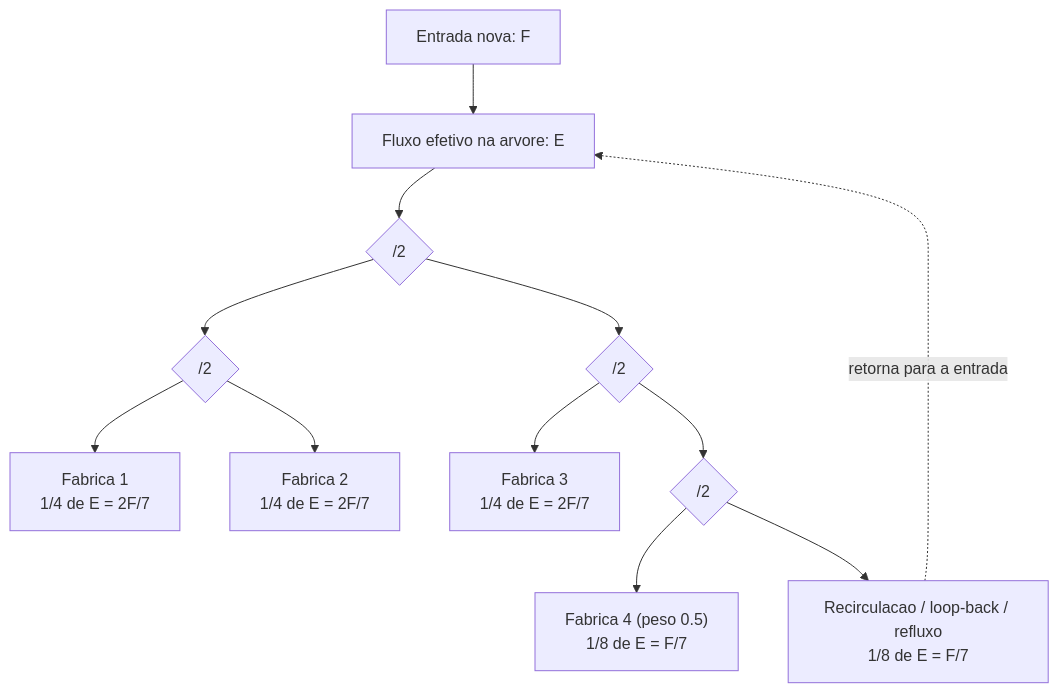
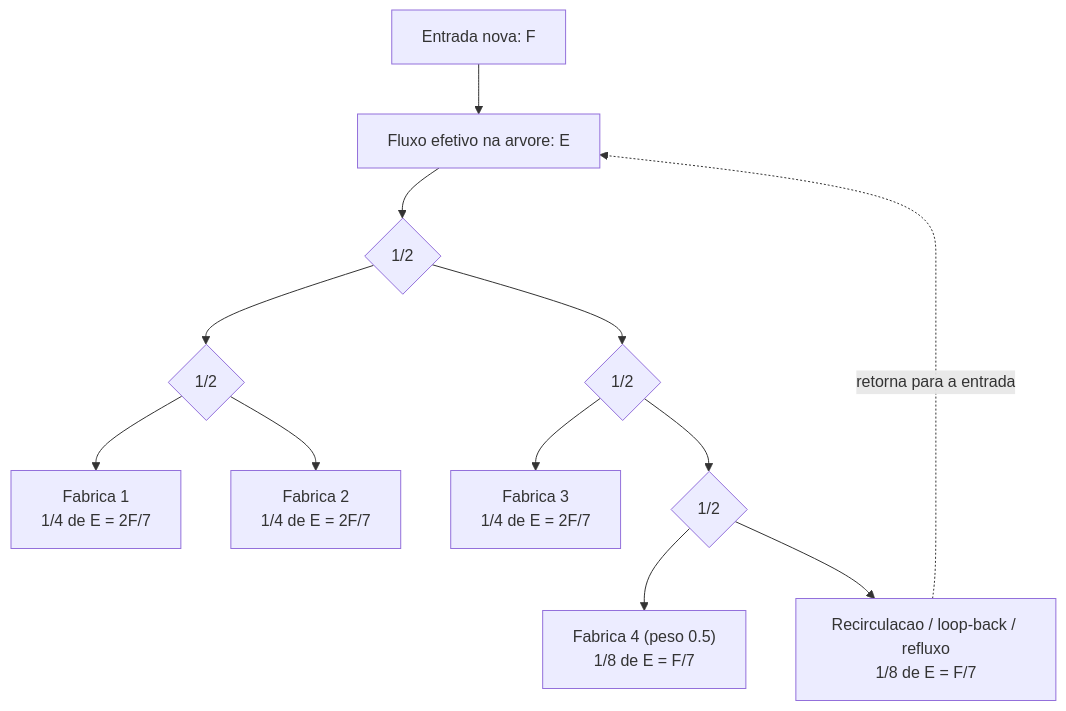
Before and after one commit to Icaro747/balanceador: the diagram in cenario_4_fabricas_pesos_1_1_1_0_5.md, drawn with Mermaid. The commit also changed 25 other files, not shown here.

````diff
--- a/cenario_4_fabricas_pesos_1_1_1_0_5.md
+++ b/cenario_4_fabricas_pesos_1_1_1_0_5.md
@@ -23,18 +23,18 @@
 ```mermaid
 flowchart TD
     IN["Entrada nova: F"] --> ROOT["Fluxo efetivo na arvore: E"]
-    ROOT --> D1{"/2"}
-    D1 --> D2A{"/2"}
-    D1 --> D2B{"/2"}
+    ROOT --> D1{"1/2"}
+    D1 --> D2A{"1/2"}
+    D1 --> D2B{"1/2"}
 
     D2A --> F1["Fabrica 1<br/>1/4 de E = 2F/7"]
     D2A --> F2["Fabrica 2<br/>1/4 de E = 2F/7"]
 
     D2B --> F3["Fabrica 3<br/>1/4 de E = 2F/7"]
-    D2B --> D3{"/2"}
+    D2B --> D3{"1/2"}
 
     D3 --> F4["Fabrica 4 (peso 0.5)<br/>1/8 de E = F/7"]
     D3 --> R["Recirculacao / loop-back / refluxo<br/>1/8 de E = F/7"]
 
     R -. retorna para a entrada .-> ROOT
 ```
````
